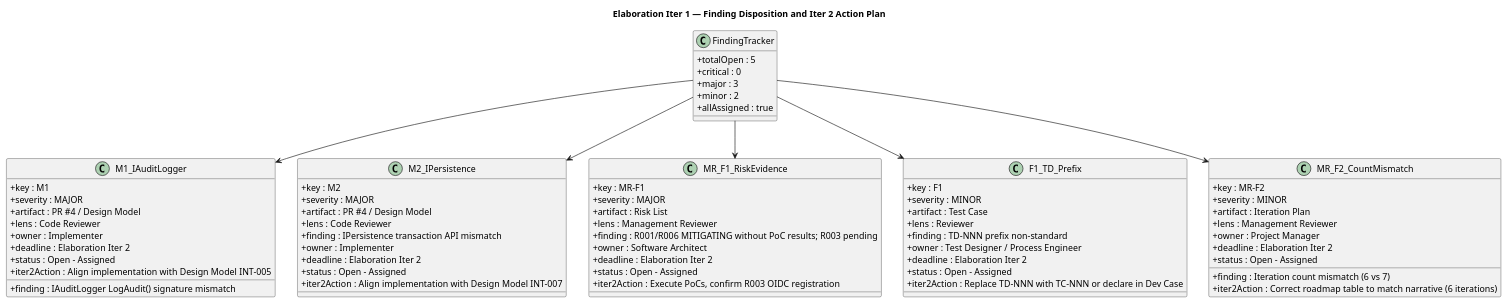
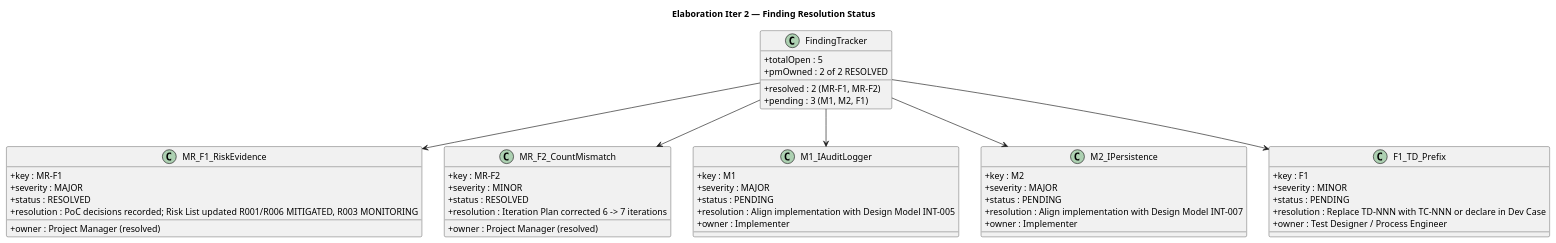
Before and after one commit to banense-test/portal-cuba-corp: the second of 2 diagrams in docs/artifacts/project-management/iteration-assessment.md, drawn with PlantUML. The commit also changed other lines of this file, not shown here.

First line of the commit message:
Project Manager [E2]: upsert Iteration Assessment

````diff
--- a/docs/artifacts/project-management/iteration-assessment.md
+++ b/docs/artifacts/project-management/iteration-assessment.md
@@ -225,82 +212,61 @@
 ```plantuml
 @startuml
-title Elaboration Iter 1 — Finding Disposition and Iter 2 Action Plan
+title Elaboration Iter 2 — Finding Resolution Status
 
 skinparam classAttributeIconSize 0
 
 class FindingTracker {
   + totalOpen : 5
-  + critical : 0
-  + major : 3
-  + minor : 2
-  + allAssigned : true
+  + resolved : 2 (MR-F1, MR-F2)
+  + pending : 3 (M1, M2, F1)
+  + pmOwned : 2 of 2 RESOLVED
+}
+
+class MR_F1_RiskEvidence {
+  + key : MR-F1
+  + severity : MAJOR
+  + status : RESOLVED
+  + resolution : PoC decisions recorded; Risk List updated R001/R006 MITIGATED, R003 MONITORING
+  + owner : Project Manager (resolved)
+}
+
+class MR_F2_CountMismatch {
+  + key : MR-F2
+  + severity : MINOR
+  + status : RESOLVED
+  + resolution : Iteration Plan corrected 6 -> 7 iterations
+  + owner : Project Manager (resolved)
 }
 
 class M1_IAuditLogger {
   + key : M1
   + severity : MAJOR
-  + artifact : PR #4 / Design Model
-  + lens : Code Reviewer
-  + finding : IAuditLogger LogAudit() signature mismatch
+  + status : PENDING
+  + resolution : Align implementation with Design Model INT-005
   + owner : Implementer
-  + deadline : Elaboration Iter 2
-  + status : Open - Assigned
-  + iter2Action : Align implementation with Design Model INT-005
 }
 
 class M2_IPersistence {
   + key : M2
   + severity : MAJOR
-  + artifact : PR #4 / Design Model
-  + lens : Code Reviewer
-  + finding : IPersistence transaction API mismatch
+  + status : PENDING
+  + resolution : Align implementation with Design Model INT-007
   + owner : Implementer
-  + deadline : Elaboration Iter 2
-  + status : Open - Assigned
-  + iter2Action : Align implementation with Design Model INT-007
-}
-
-class MR_F1_RiskEvidence {
-  + key : MR-F1
-  + severity : MAJOR
-  + artifact : Risk List
-  + lens : Management Reviewer
-  + finding : R001/R006 MITIGATING without PoC results; R003 pending
-  + owner : Software Architect
-  + deadline : Elaboration Iter 2
-  + status : Open - Assigned
-  + iter2Action : Execute PoCs, confirm R003 OIDC registration
 }
 
 class F1_TD_Prefix {
   + key : F1
   + severity : MINOR
-  + artifact : Test Case
-  + lens : Reviewer
-  + finding : TD-NNN prefix non-standard
+  + status : PENDING
+  + resolution : Replace TD-NNN with TC-NNN or declare in Dev Case
   + owner : Test Designer / Process Engineer
-  + deadline : Elaboration Iter 2
-  + status : Open - Assigned
-  + iter2Action : Replace TD-NNN with TC-NNN or declare in Dev Case
 }
 
-class MR_F2_CountMismatch {
-  + key : MR-F2
-  + severity : MINOR
-  + artifact : Iteration Plan
-  + lens : Management Reviewer
-  + finding : Iteration count mismatch (6 vs 7)
-  + owner : Project Manager
-  + deadline : Elaboration Iter 2
-  + status : Open - Assigned
-  + iter2Action : Correct roadmap table to match narrative (6 iterations)
-}
-
+FindingTracker --> MR_F1_RiskEvidence
+FindingTracker --> MR_F2_CountMismatch
 FindingTracker --> M1_IAuditLogger
 FindingTracker --> M2_IPersistence
-FindingTracker --> MR_F1_RiskEvidence
 FindingTracker --> F1_TD_Prefix
-FindingTracker --> MR_F2_CountMismatch
 
 @enduml
 ```
````
